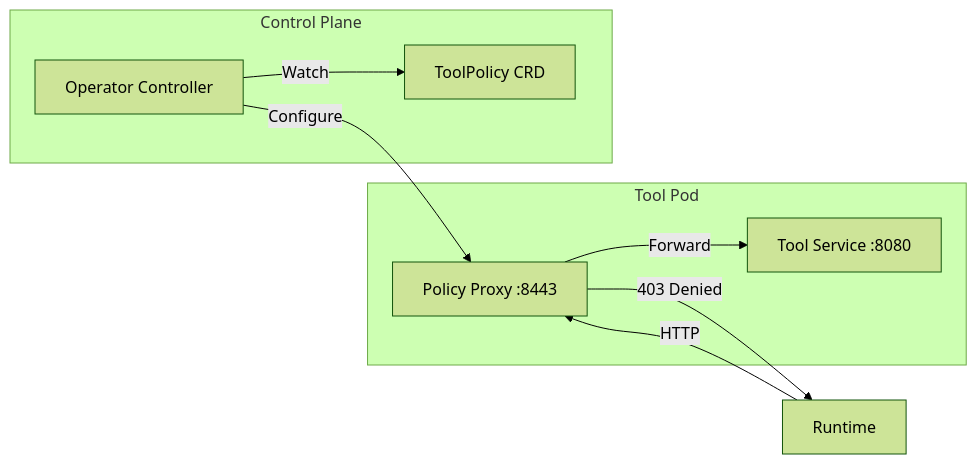
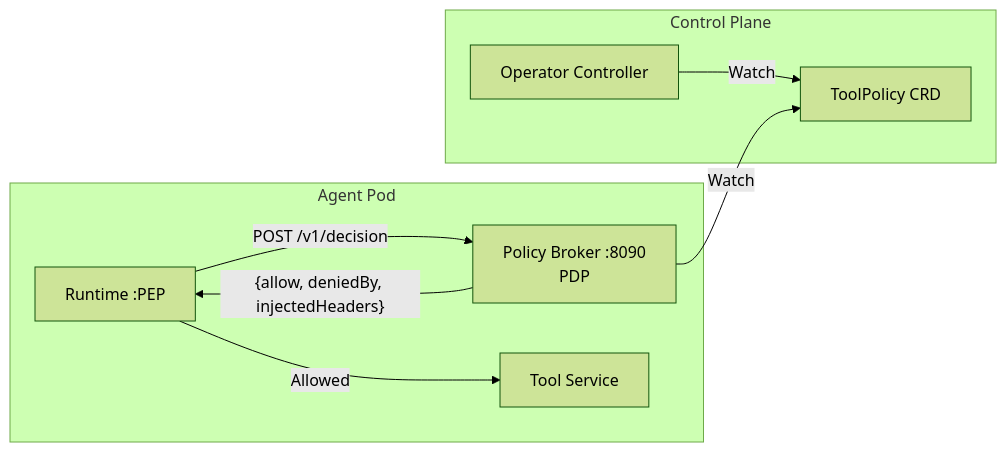
One commit to AltairaLabs/Omnia changed the third of 3 diagrams in docs/src/content/docs/explanation/security/policy-engine.md. Above: the diagram before and after it, drawn with Mermaid (forest theme). The commit also changed other lines of this file and 7 other files, not shown here.

First line of the commit message:
docs: reconcile policy-engine/ToolPolicy docs to the policy-broker model (retire policy-proxy references)

````diff
--- a/docs/src/content/docs/explanation/security/policy-engine.md
+++ b/docs/src/content/docs/explanation/security/policy-engine.md
@@ -155,14 +168,13 @@
 ```mermaid
 graph LR
-    subgraph "Tool Pod"
-        PROXY[Policy Proxy :8443] -->|Forward| TOOL[Tool Service :8080]
+    subgraph "Agent Pod"
+        RUNTIME[Runtime :PEP] -->|"POST /v1/decision"| BROKER[Policy Broker :8090<br/>PDP]
+        BROKER -->|"{allow, deniedBy, injectedHeaders}"| RUNTIME
+        RUNTIME -->|Allowed| TOOL[Tool Service]
     end
-
-    RUNTIME[Runtime] -->|HTTP| PROXY
-    PROXY -->|403 Denied| RUNTIME
 
     subgraph "Control Plane"
         CTRL[Operator Controller] -->|Watch| TP[ToolPolicy CRD]
-        CTRL -->|Configure| PROXY
+        BROKER -->|Watch| TP
     end
 ```
````
